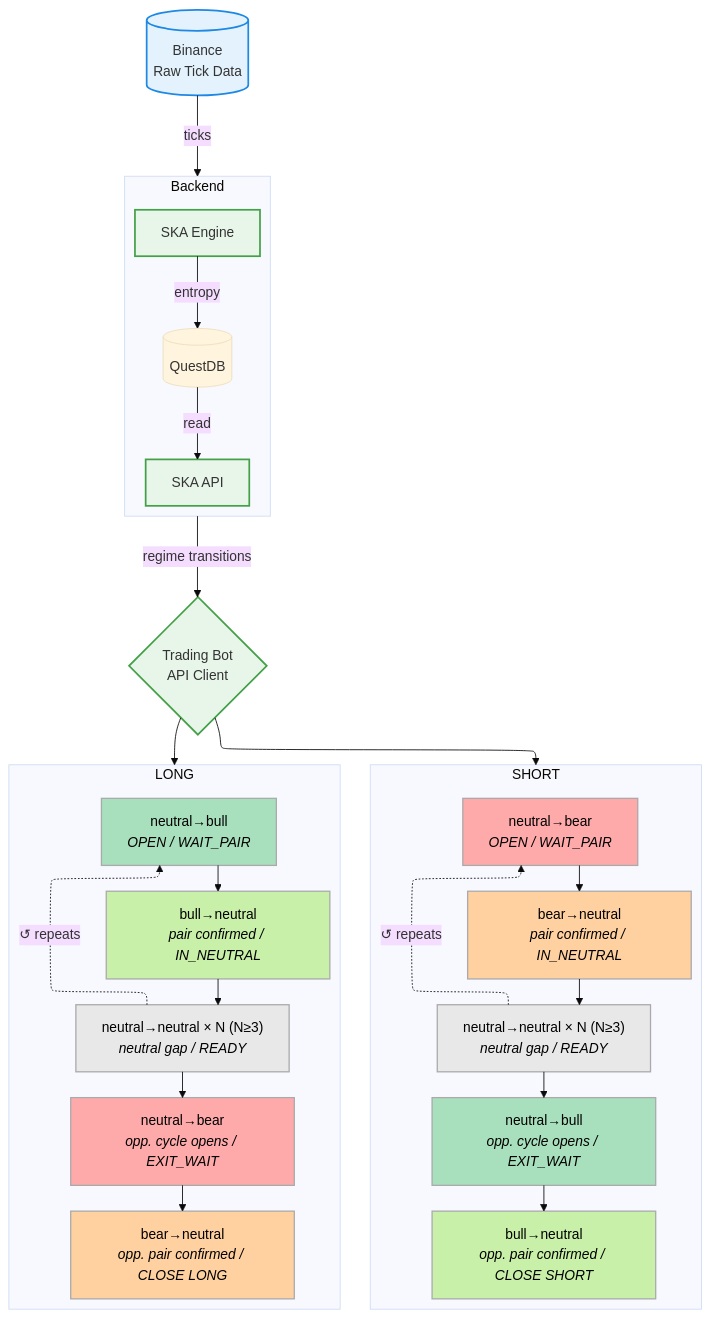
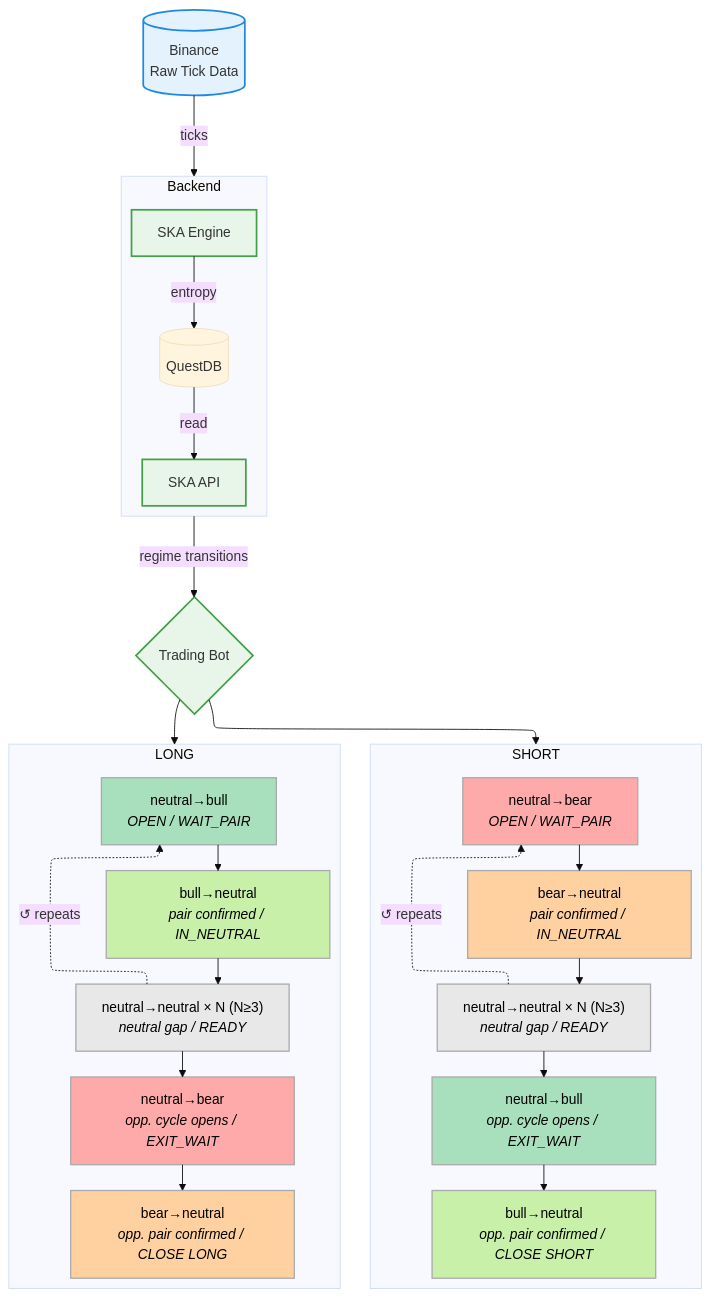
One commit to quantiota/SKA-Binance--API changed the diagram in README.md. Above: the diagram before and after it, drawn with Mermaid.

````diff
--- a/README.md
+++ b/README.md
@@ -31,73 +31,73 @@
 ```mermaid
 ---
 config:
   look: classic
   theme: base
   layout: elk
 ---
 flowchart TD
 
   BINANCE[(Binance\nRaw Tick Data)]
   API[SKA API]
-  BOT@{ shape: diamond, label: "Trading Bot\nAPI Client" }
+  BOT@{ shape: diamond, label: "Trading Bot" }
 
   subgraph Backend["Backend"]
     direction TB
     ENGINE[SKA Engine]
     QDB[(QuestDB)]
     API[SKA API]
   end
 
   BINANCE -- "ticks" --> Backend
   ENGINE -- "entropy" --> QDB
   QDB -- "read" --> API
   Backend -- "regime transitions" --> BOT
 
 BOT --> LONG
 BOT --> SHORT
 
     subgraph SHORT["SHORT"]
         direction TB
         S1["neutral→bear<br/><i>OPEN / WAIT_PAIR</i>"]
         S2["bear→neutral<br/><i>pair confirmed / IN_NEUTRAL</i>"]
         S3["neutral→neutral × N (N≥3)<br/><i>neutral gap / READY</i>"]
         S4["neutral→bull<br/><i>opp. cycle opens / EXIT_WAIT</i>"]
         S5["bull→neutral<br/><i>opp. pair confirmed / CLOSE SHORT</i>"]
         S1 --> S2 --> S3 --> S4 --> S5
         S3 -. "↺ repeats" .-> S1
     end
 
     subgraph LONG["LONG"]
         direction TB
         L1["neutral→bull<br/><i>OPEN / WAIT_PAIR</i>"]
         L2["bull→neutral<br/><i>pair confirmed / IN_NEUTRAL</i>"]
         L3["neutral→neutral × N (N≥3)<br/><i>neutral gap / READY</i>"]
         L4["neutral→bear<br/><i>opp. cycle opens / EXIT_WAIT</i>"]
         L5["bear→neutral<br/><i>opp. pair confirmed / CLOSE LONG</i>"]
         L1 --> L2 --> L3 --> L4 --> L5
         L3 -. "↺ repeats" .-> L1
     end
 
     classDef data      fill:#E3F2FD,stroke:#1E88E5,stroke-width:2px;
     classDef process   fill:#E8F5E9,stroke:#43A047,stroke-width:2px;
     classDef longOpen  fill:#A8DFBC,stroke:#AAAAAA,color:#000,stroke-width:1.5px;
     classDef longPair  fill:#C8F0A8,stroke:#AAAAAA,color:#000,stroke-width:1.5px;
     classDef shortOpen fill:#FFAAAA,stroke:#AAAAAA,color:#000,stroke-width:1.5px;
     classDef shortPair fill:#FFD0A0,stroke:#AAAAAA,color:#000,stroke-width:1.5px;
     classDef neutral   fill:#E8E8E8,stroke:#AAAAAA,color:#000,stroke-width:1.5px;
 
     class BINANCE data;
     class ENGINE process;
     class API,BOT process;
 
     class L1 longOpen;
     class L2 longPair;
     class L3 neutral;
     class L4 shortOpen;
     class L5 shortPair;
     class S1 shortOpen;
     class S2 shortPair;
     class S3 neutral;
     class S4 longOpen;
     class S5 longPair;
 ```
````
